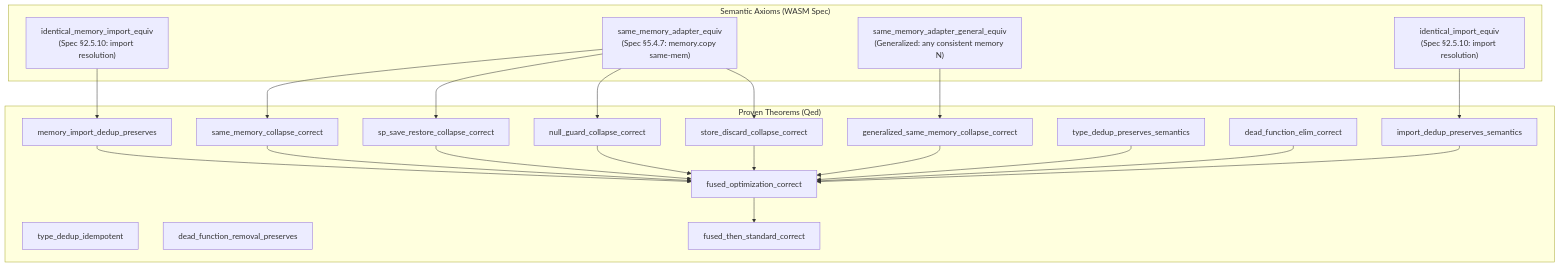
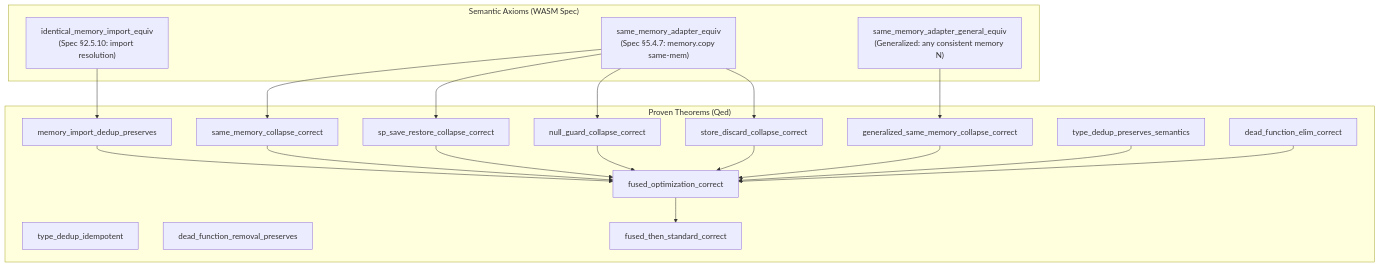
One commit to pulseengine/loom changed the sixth of 8 diagrams in docs/design/fused-component-optimization.md. Above: the diagram before and after it, drawn with Mermaid. The commit also changed other lines of this file and 2 other files, not shown here.

First line of the commit message:
feat(proofs): prove import deduplication against the concrete call semantics (#169) (#489)

````diff
--- a/docs/design/fused-component-optimization.md
+++ b/docs/design/fused-component-optimization.md
@@ -281,43 +281,39 @@
 ```mermaid
 flowchart TD
     subgraph axioms["Semantic Axioms (WASM Spec)"]
         A0["same_memory_adapter_equiv\n(Spec §5.4.7: memory.copy same-mem)"]
-        A2["identical_import_equiv\n(Spec §2.5.10: import resolution)"]
         A4["identical_memory_import_equiv\n(Spec §2.5.10: import resolution)"]
         A4b["same_memory_adapter_general_equiv\n(Generalized: any consistent memory N)"]
     end
 
     subgraph proven["Proven Theorems (Qed)"]
         MD["memory_import_dedup_preserves"]
         SM["same_memory_collapse_correct"]
         SP["sp_save_restore_collapse_correct"]
         NG["null_guard_collapse_correct"]
         SD["store_discard_collapse_correct"]
         GS["generalized_same_memory_collapse_correct"]
         TP["type_dedup_preserves_semantics"]
         TI["type_dedup_idempotent"]
         DE["dead_function_elim_correct"]
         DR["dead_function_removal_preserves"]
-        IP["import_dedup_preserves_semantics"]
         FC["fused_optimization_correct"]
         FS["fused_then_standard_correct"]
     end
 
     A4 --> MD
     A0 --> SM
     A0 --> SP
     A0 --> NG
     A0 --> SD
     A4b --> GS
-    A2 --> IP
     MD --> FC
     SM --> FC
     SP --> FC
     NG --> FC
     SD --> FC
     GS --> FC
     TP --> FC
     DE --> FC
-    IP --> FC
     FC --> FS
 ```
````
